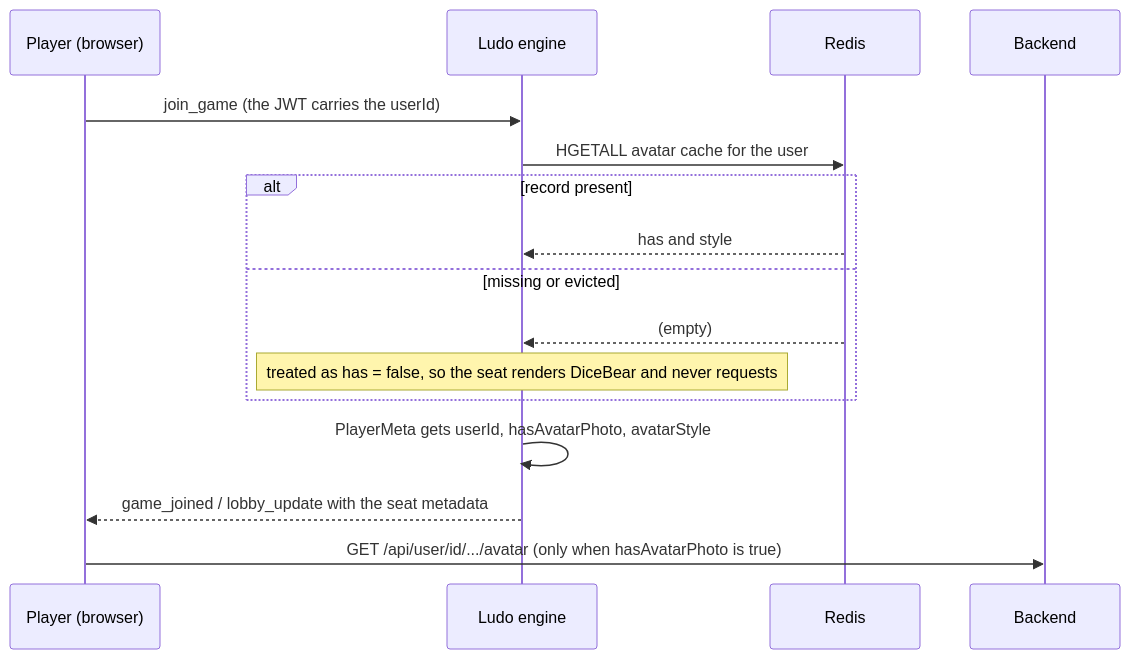
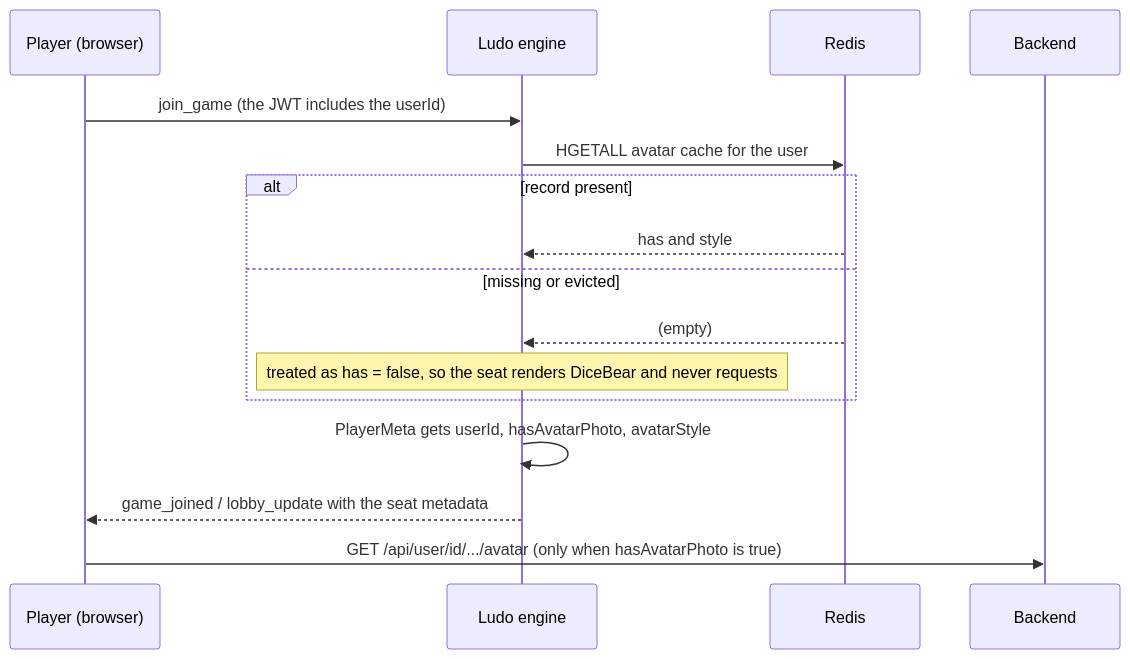
Before and after one commit to J00ZzZ/ft_transcendence: the fourth of 5 diagrams in docs/avatar-system.md, drawn with Mermaid. The commit also changed other lines of this file and 36 other files, not shown here.

````diff
--- a/docs/avatar-system.md
+++ b/docs/avatar-system.md
@@ -222,19 +221,19 @@
 ```mermaid
 sequenceDiagram
     participant B as Player (browser)
     participant E as Ludo engine
     participant R as Redis
     participant API as Backend
 
-    B->>E: join_game (the JWT carries the userId)
+    B->>E: join_game (the JWT includes the userId)
     E->>R: HGETALL avatar cache for the user
     alt record present
         R-->>E: has and style
     else missing or evicted
         R-->>E: (empty)
         Note over E: treated as has = false, so the seat renders DiceBear and never requests
     end
     E->>E: PlayerMeta gets userId, hasAvatarPhoto, avatarStyle
     E-->>B: game_joined / lobby_update with the seat metadata
     B->>API: GET /api/user/id/.../avatar  (only when hasAvatarPhoto is true)
 ```
````
